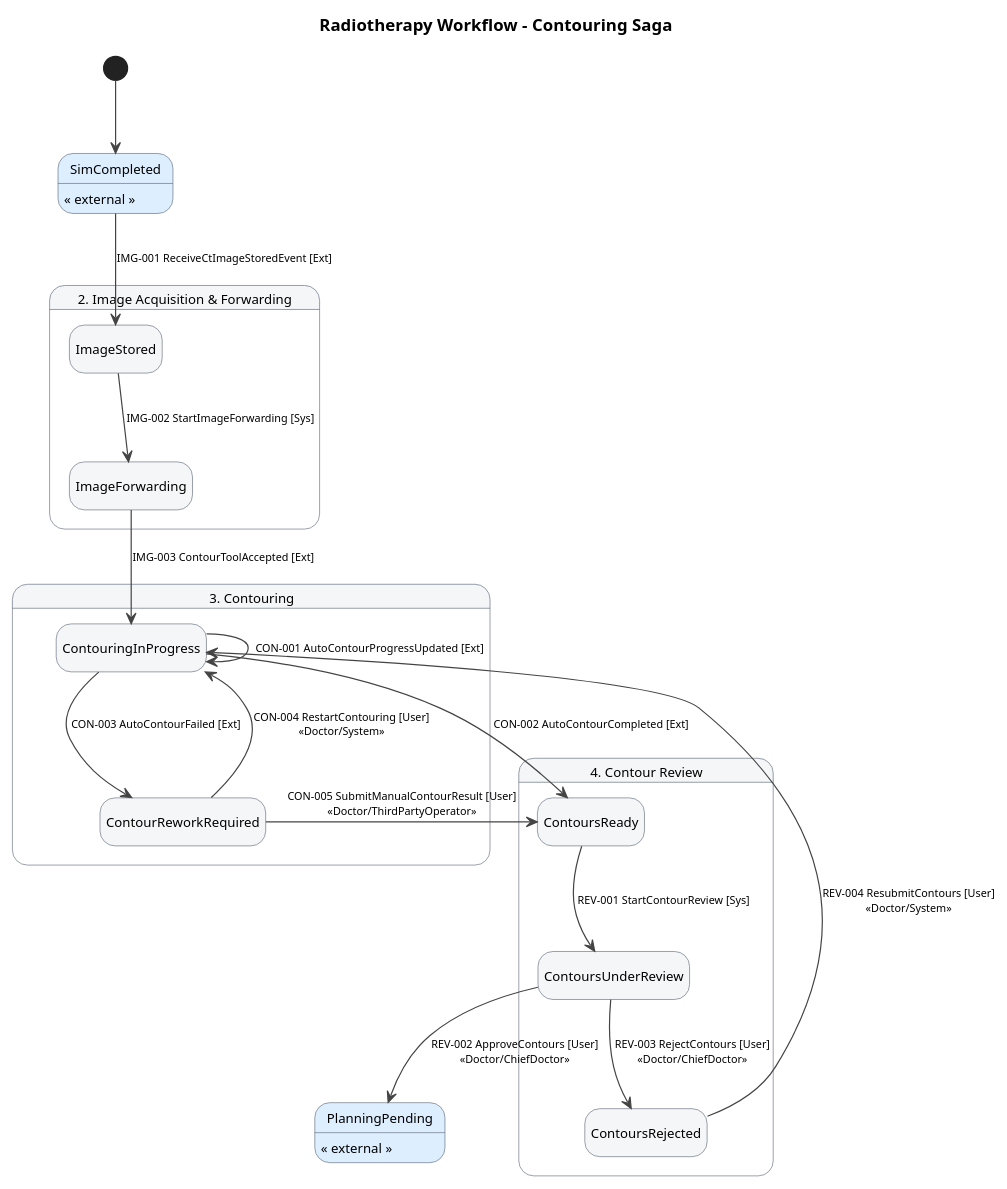
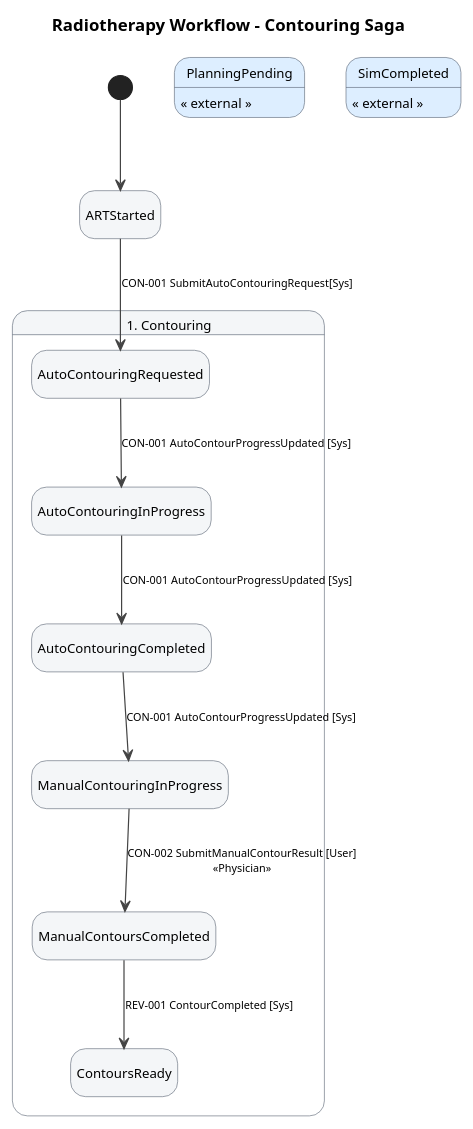
Before and after one commit to daniel-robot/wfmgr: the diagram in docs/workflow/generated/contouring-saga.puml, drawn with PlantUML. The commit also changed 2 other files, not shown here.

Commit message:
update workflow sim/contour

```diff
--- a/docs/workflow/generated/contouring-saga.puml
+++ b/docs/workflow/generated/contouring-saga.puml
@@ -1,53 +1,38 @@
 @startuml
 title Radiotherapy Workflow – Contouring Saga
 
 hide empty description
 
 skinparam DefaultFontName Arial
 skinparam Shadowing false
 skinparam ArrowColor #444444
 skinparam state {
   BackgroundColor #F4F6F8
   BorderColor #5A6473
   FontSize 11
   ArrowFontSize 9
   ArrowColor #444444
 }
 
-[*] --> SimCompleted
+[*] --> ARTStarted
 
-state "2. Image Acquisition & Forwarding" as IMG {
-  state ImageStored
-  state ImageForwarding
-}
-
-state "3. Contouring" as CON {
-  state ContouringInProgress
-  state ContourReworkRequired
-}
-
-state "4. Contour Review" as REV {
+state "1. Contouring" as CON {
+  state AutoContouringRequested
+  state AutoContouringInProgress
+  state AutoContouringCompleted
+  state ManualContouringInProgress
+  state ManualContoursCompleted
   state ContoursReady
-  state ContoursUnderReview
-  state ContoursRejected
 }
 
 state PlanningPending #DDEEFF : « external »
 state SimCompleted #DDEEFF : « external »
 
 ' ─── Transitions ─────────────────────────
-SimCompleted --> ImageStored : IMG-001 ReceiveCtImageStoredEvent [Ext]
-ImageStored --> ImageForwarding : IMG-002 StartImageForwarding [Sys]
-ImageForwarding --> ContouringInProgress : IMG-003 ContourToolAccepted [Ext]
-ContouringInProgress --> ContouringInProgress : CON-001 AutoContourProgressUpdated [Ext]
-ContouringInProgress --> ContoursReady : CON-002 AutoContourCompleted [Ext]
-ContouringInProgress --> ContourReworkRequired : CON-003 AutoContourFailed [Ext]
-ContourReworkRequired --> ContouringInProgress : CON-004 RestartContouring [User]\n«Doctor/System»
-ContourReworkRequired --> ContoursReady : CON-005 SubmitManualContourResult [User]\n«Doctor/ThirdPartyOperator»
-ContoursReady --> ContoursUnderReview : REV-001 StartContourReview [Sys]
-ContoursUnderReview --> PlanningPending : REV-002 ApproveContours [User]\n«Doctor/ChiefDoctor»
-ContoursUnderReview --> ContoursRejected : REV-003 RejectContours [User]\n«Doctor/ChiefDoctor»
-ContoursRejected --> ContouringInProgress : REV-004 ResubmitContours [User]\n«Doctor/System»
-
-
+ARTStarted --> AutoContouringRequested: CON-001 SubmitAutoContouringRequest[Sys]
+AutoContouringRequested --> AutoContouringInProgress : CON-001 AutoContourProgressUpdated [Sys]
+AutoContouringInProgress --> AutoContouringCompleted : CON-001 AutoContourProgressUpdated [Sys]
+AutoContouringCompleted --> ManualContouringInProgress: CON-001 AutoContourProgressUpdated [Sys]
+ManualContouringInProgress --> ManualContoursCompleted : CON-002 SubmitManualContourResult [User]\n«Physician»
+ManualContoursCompleted --> ContoursReady: REV-001 ContourCompleted [Sys]
 @enduml
```
